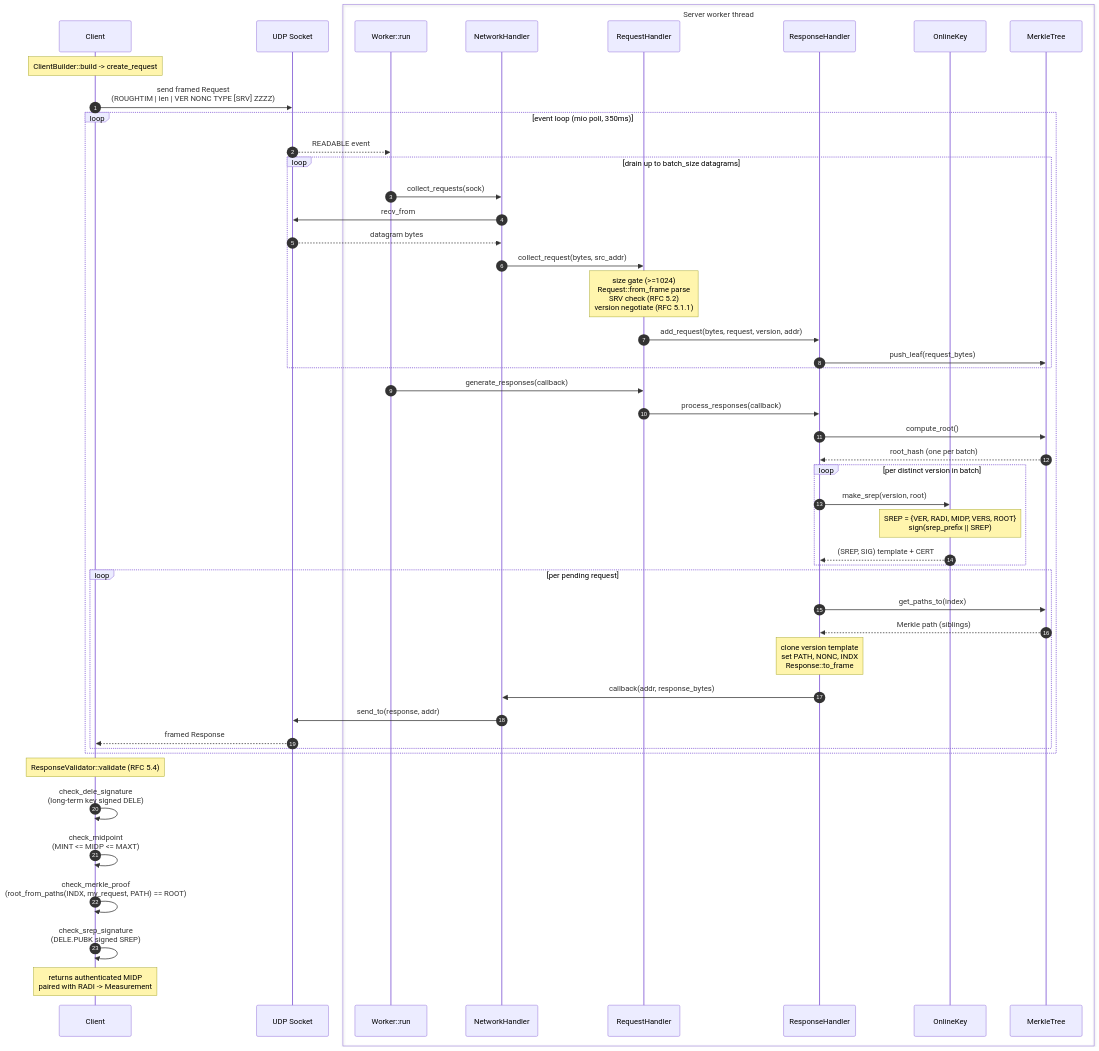
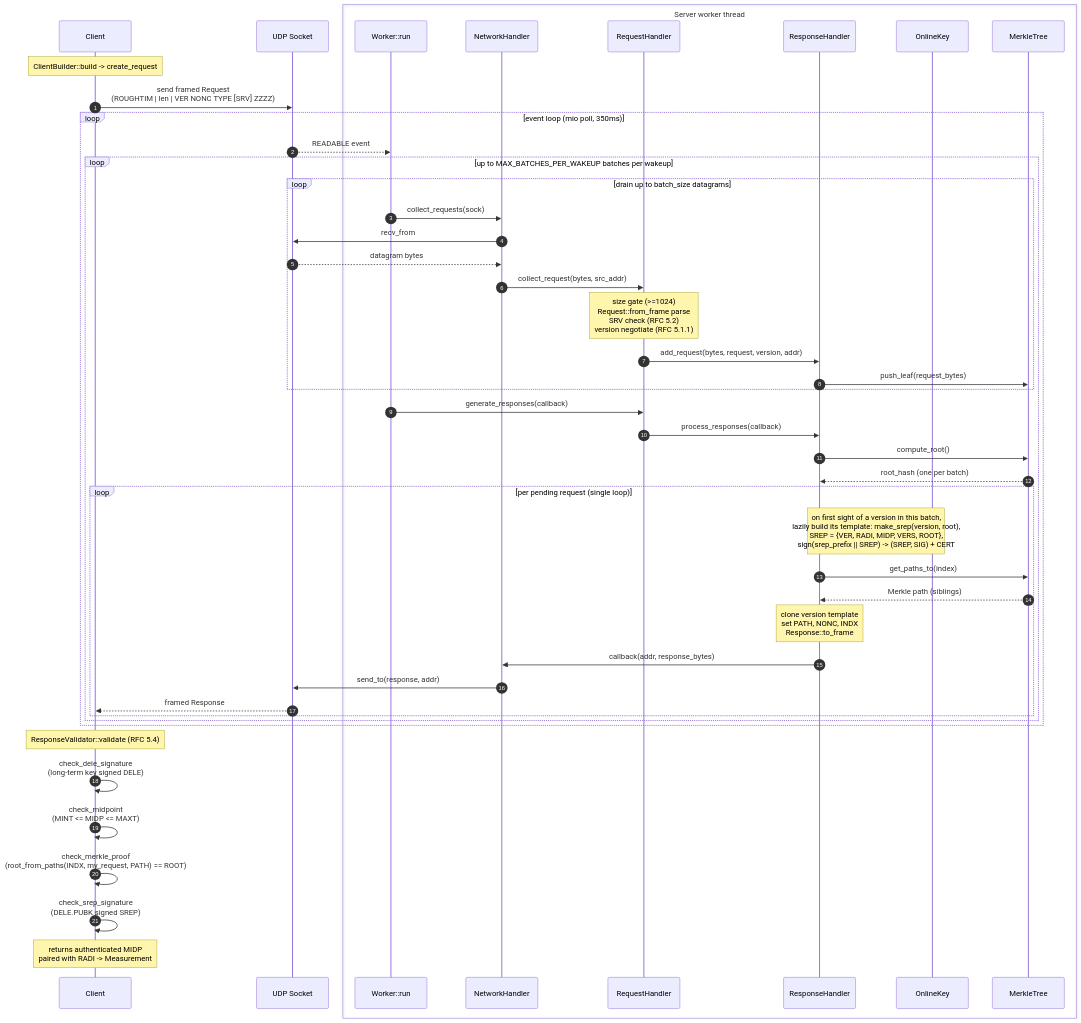
Before and after one commit to int08h/roughenough: the diagram in doc/REQUEST-FLOW.md, drawn with Mermaid. The commit also changed other lines of this file and 13 other files, not shown here.

````diff
--- a/doc/REQUEST-FLOW.md
+++ b/doc/REQUEST-FLOW.md
@@ -21,55 +25,53 @@
 ```mermaid
 sequenceDiagram
     autonumber
     participant C as Client
     participant Sock as UDP Socket
     box Server worker thread
         participant W as Worker::run
         participant N as NetworkHandler
         participant RH as RequestHandler
         participant RS as ResponseHandler
         participant K as OnlineKey
         participant M as MerkleTree
     end
 
     Note over C: ClientBuilder::build -> create_request
     C->>Sock: send framed Request<br/>(ROUGHTIM | len | VER NONC TYPE [SRV] ZZZZ)
 
     loop event loop (mio poll, 350ms)
         Sock-->>W: READABLE event
-        loop drain up to batch_size datagrams
-            W->>N: collect_requests(sock)
-            N->>Sock: recv_from
-            Sock-->>N: datagram bytes
-            N->>RH: collect_request(bytes, src_addr)
-            Note over RH: size gate (>=1024)<br/>Request::from_frame parse<br/>SRV check (RFC 5.2)<br/>version negotiate (RFC 5.1.1)
-            RH->>RS: add_request(bytes, request, version, addr)
-            RS->>M: push_leaf(request_bytes)
-        end
+        loop up to MAX_BATCHES_PER_WAKEUP batches per wakeup
+            loop drain up to batch_size datagrams
+                W->>N: collect_requests(sock)
+                N->>Sock: recv_from
+                Sock-->>N: datagram bytes
+                N->>RH: collect_request(bytes, src_addr)
+                Note over RH: size gate (>=1024)<br/>Request::from_frame parse<br/>SRV check (RFC 5.2)<br/>version negotiate (RFC 5.1.1)
+                RH->>RS: add_request(bytes, request, version, addr)
+                RS->>M: push_leaf(request_bytes)
+            end
 
-        W->>RH: generate_responses(callback)
-        RH->>RS: process_responses(callback)
-        RS->>M: compute_root()
-        M-->>RS: root_hash (one per batch)
-        loop per distinct version in batch
-            RS->>K: make_srep(version, root)
-            Note over K: SREP = {VER, RADI, MIDP, VERS, ROOT}<br/>sign(srep_prefix || SREP)
-            K-->>RS: (SREP, SIG) template + CERT
-        end
-        loop per pending request
-            RS->>M: get_paths_to(index)
-            M-->>RS: Merkle path (siblings)
-            Note over RS: clone version template<br/>set PATH, NONC, INDX<br/>Response::to_frame
-            RS->>N: callback(addr, response_bytes)
-            N->>Sock: send_to(response, addr)
-            Sock-->>C: framed Response
+            W->>RH: generate_responses(callback)
+            RH->>RS: process_responses(callback)
+            RS->>M: compute_root()
+            M-->>RS: root_hash (one per batch)
+            loop per pending request (single loop)
+                Note over RS,K: on first sight of a version in this batch,<br/>lazily build its template: make_srep(version, root),<br/>SREP = {VER, RADI, MIDP, VERS, ROOT},<br/>sign(srep_prefix || SREP) -> (SREP, SIG) + CERT
+                RS->>M: get_paths_to(index)
+                M-->>RS: Merkle path (siblings)
+                Note over RS: clone version template<br/>set PATH, NONC, INDX<br/>Response::to_frame
+                RS->>N: callback(addr, response_bytes)
+                N->>Sock: send_to(response, addr)
+                Sock-->>C: framed Response
+            end
         end
     end
 
     Note over C: ResponseValidator::validate (RFC 5.4)
     C->>C: check_dele_signature<br/>(long-term key signed DELE)
     C->>C: check_midpoint<br/>(MINT <= MIDP <= MAXT)
     C->>C: check_merkle_proof<br/>(root_from_paths(INDX, my_request, PATH) == ROOT)
     C->>C: check_srep_signature<br/>(DELE.PUBK signed SREP)
     Note over C: returns authenticated MIDP<br/>paired with RADI -> Measurement
 ```
````
